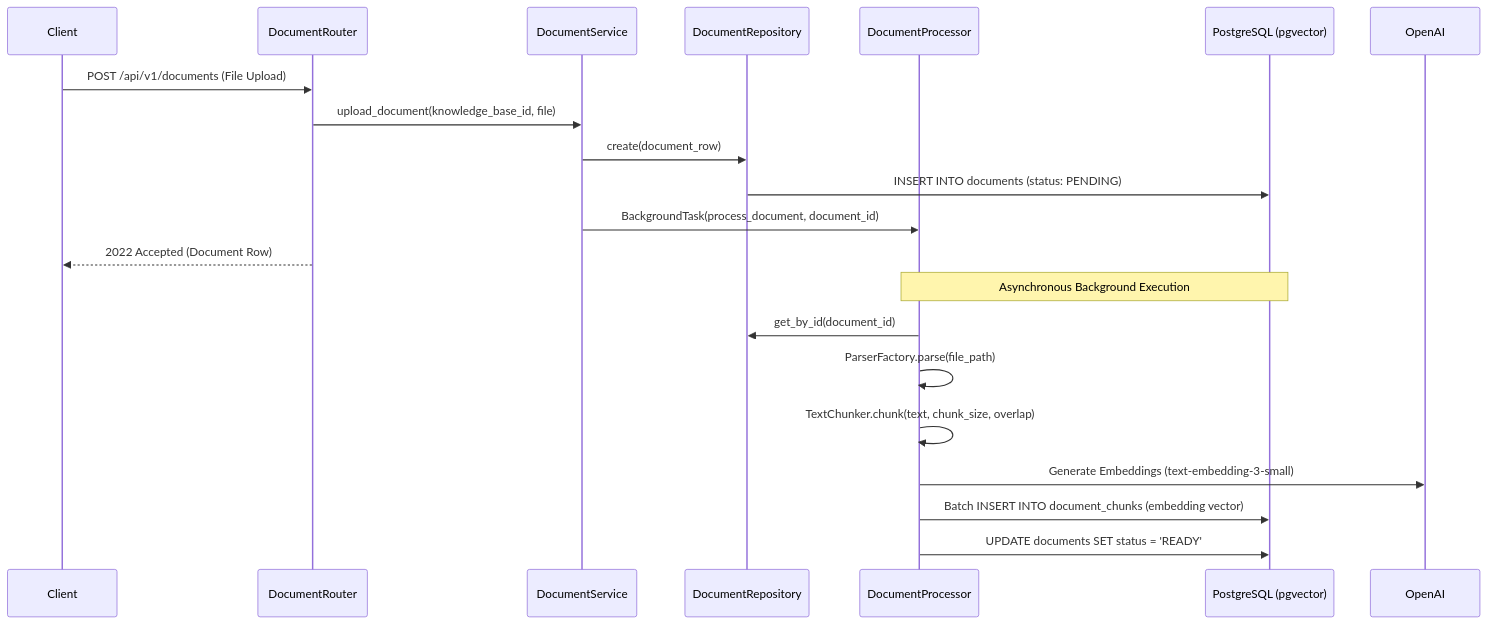
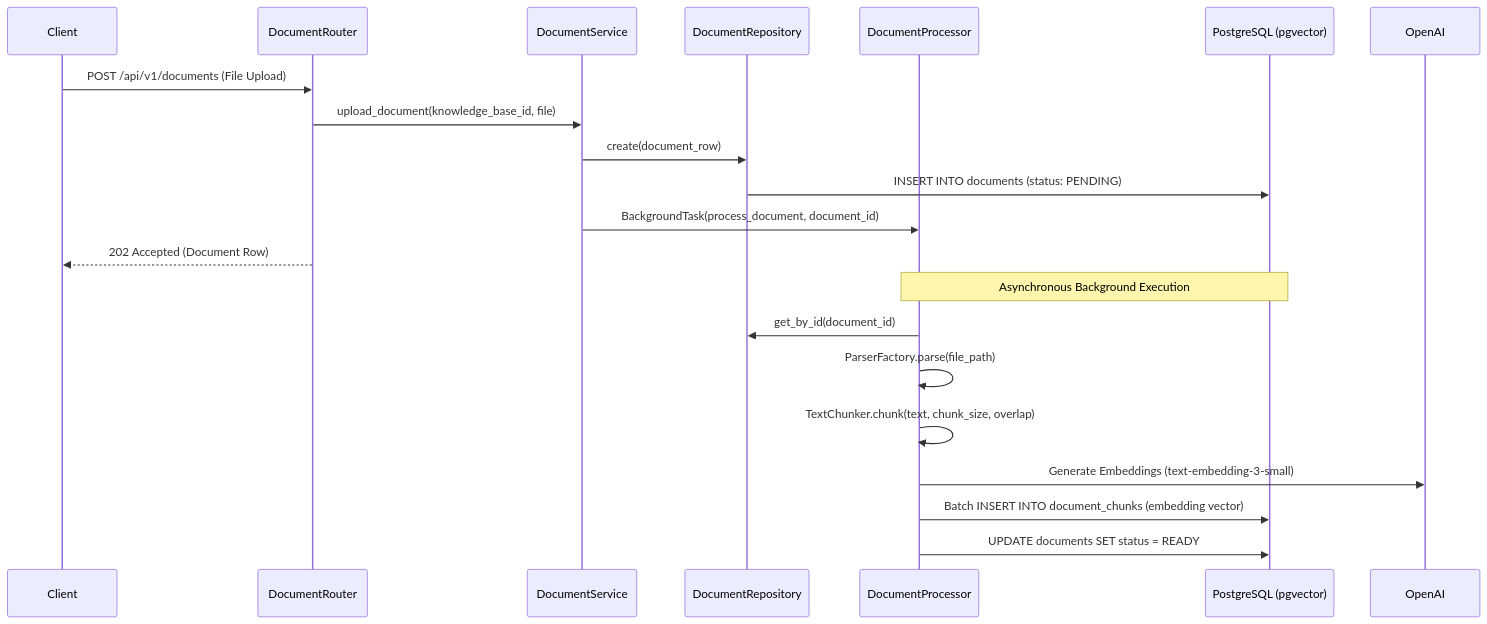
Before and after one commit to AnubhavDas651629/SUPPORT-AI: the second of 6 diagrams in README.md, drawn with Mermaid. The commit also changed other lines of this file, not shown here.

Commit message:
docs: update README with full architecture, auth, celery, and webhooks

````diff
--- a/README.md
+++ b/README.md
@@ -56,24 +76,24 @@
 ```mermaid
 sequenceDiagram
     participant Client
     participant Router as DocumentRouter
     participant Service as DocumentService
     participant Repo as DocumentRepository
     participant Processor as DocumentProcessor
     participant DB as PostgreSQL (pgvector)
-    
+
     Client->>Router: POST /api/v1/documents (File Upload)
     Router->>Service: upload_document(knowledge_base_id, file)
     Service->>Repo: create(document_row)
     Repo->>DB: INSERT INTO documents (status: PENDING)
     Service->>Processor: BackgroundTask(process_document, document_id)
-    Router-->>Client: 2022 Accepted (Document Row)
-    
+    Router-->>Client: 202 Accepted (Document Row)
+
     Note over Processor,DB: Asynchronous Background Execution
     Processor->>Repo: get_by_id(document_id)
     Processor->>Processor: ParserFactory.parse(file_path)
     Processor->>Processor: TextChunker.chunk(text, chunk_size, overlap)
     Processor->>OpenAI: Generate Embeddings (text-embedding-3-small)
     Processor->>DB: Batch INSERT INTO document_chunks (embedding vector)
-    Processor->>DB: UPDATE documents SET status = 'READY'
+    Processor->>DB: UPDATE documents SET status = READY
 ```
````
